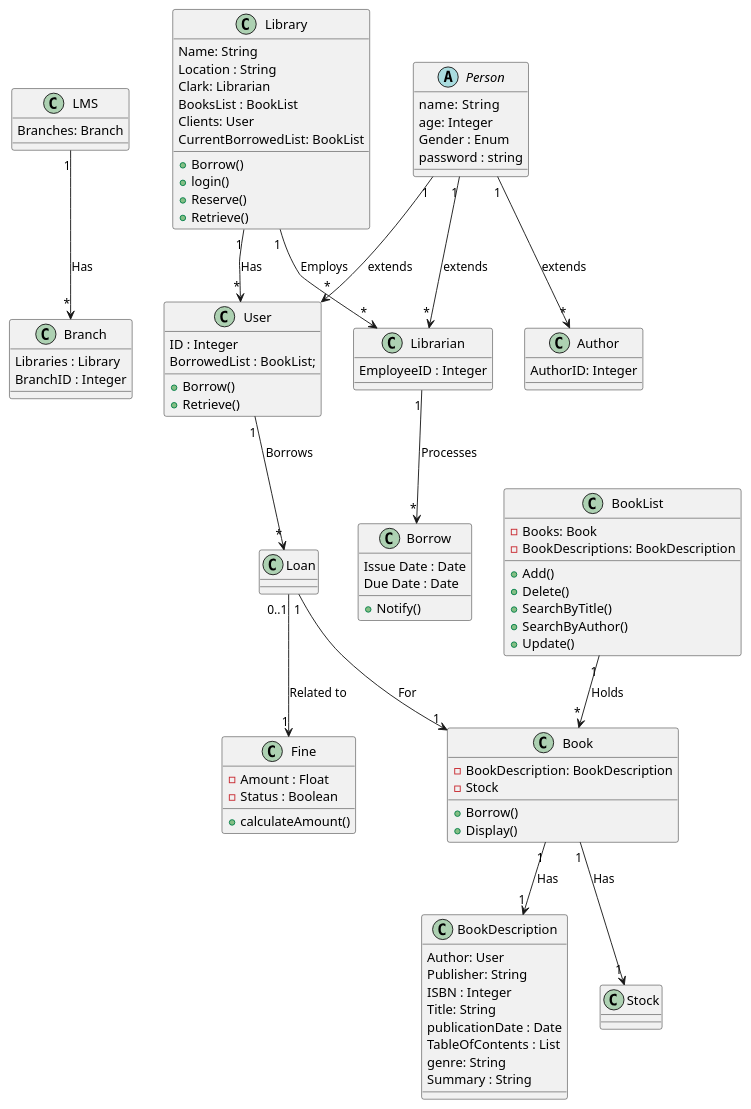
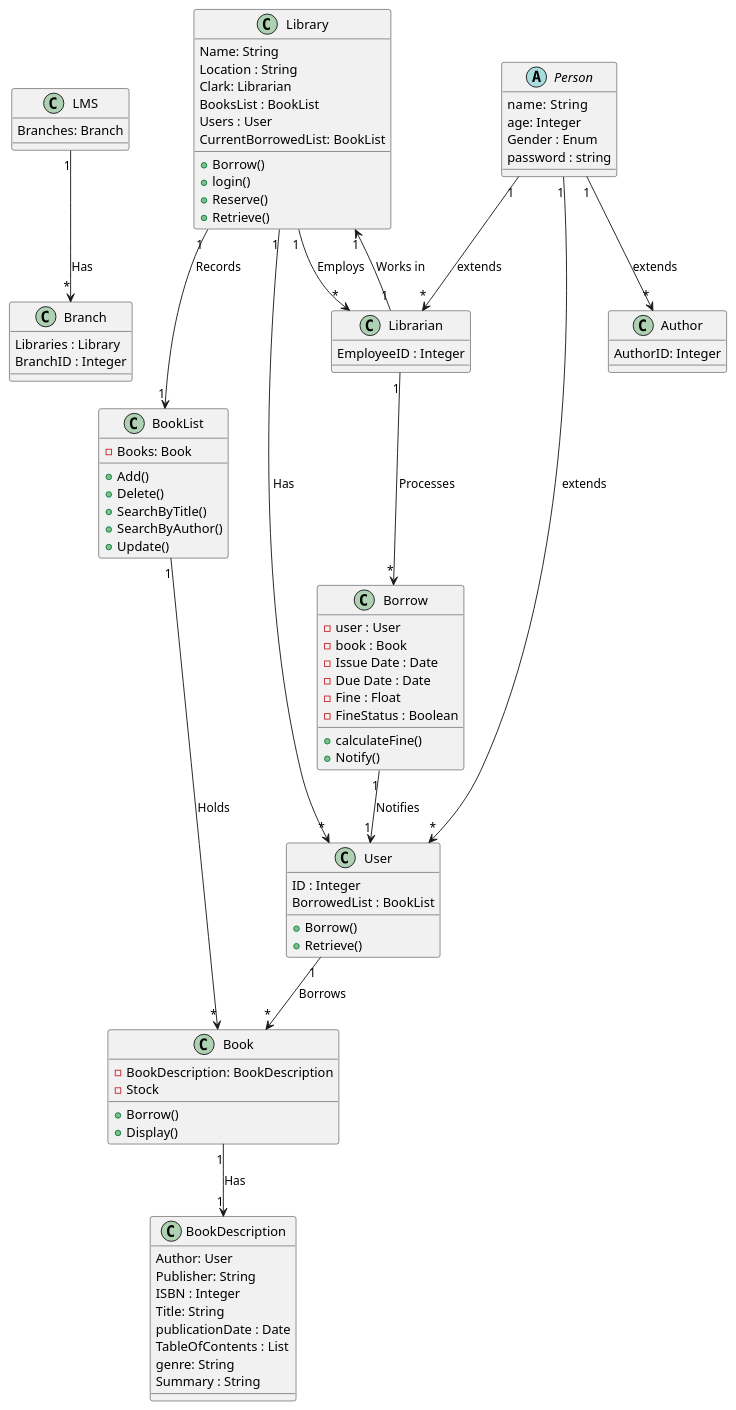
Before and after one commit to SalmaAzeem/library-system: the diagram in diagrams/DCD/DCD.puml, drawn with PlantUML.

Commit message:
Structure modification

```diff
--- a/diagrams/DCD/DCD.puml
+++ b/diagrams/DCD/DCD.puml
@@ -1,101 +1,101 @@
 @startuml
 'https://plantuml.com/class-diagram
 class LMS
 {
 Branches: Branch
 }
 class Branch
 {
  Libraries : Library
  BranchID : Integer
 }
 class Library {
   Name: String
   'Should it be a Library Class cuz it's a physical place?
   Location : String
   Clark: Librarian
   BooksList : BookList
-  Clients: User
+  Users : User
   CurrentBorrowedList: BookList
    'Takes the info Of the user and the borrowed Books add it to the currentBorrowedBooks
   + Borrow()
   + login()
   + Reserve()
   + Retrieve()
 }
 'Could have an abstract class to implement the borrow function ?
 class BookList {
   - Books: Book
-  -BookDescriptions: BookDescription
+  ' -BookDescriptions: BookDescription
  + Add()
  + Delete()
  + SearchByTitle()
  + SearchByAuthor()
  + Update()
 }
 class Book {
  - BookDescription: BookDescription
  - Stock
+ 'Could this be removed and replaced by unique ID instead?
  'Decrement the stock
  + Borrow()
  + Display()
 
 }
 class BookDescription {
   Author: User
   Publisher: String
   ISBN : Integer
   Title: String
   publicationDate : Date
   TableOfContents : List
   genre: String
   Summary : String
 }
 class User {
   ID : Integer
-  BorrowedList : BookList;
+  BorrowedList : BookList
   'Adds the Book to the user's borrowedList
   + Borrow()
   'Remove the book from the user's borrowedList
   + Retrieve()
 }
 'Out of context ?
 class Author{
 AuthorID: Integer
 }
 abstract class Person{
   name:  String
   age: Integer
   Gender : Enum
   password : string
 }
 
 class Librarian {
      EmployeeID : Integer
 }
 
 class Borrow {
-  Issue Date : Date
-  Due Date : Date
+  - user : User
+  - book : Book
+  - Issue Date : Date
+  - Due Date : Date
+  - Fine : Float
+  - FineStatus : Boolean
+  + calculateFine()
   + Notify()
-}
-
-class Fine {
-  - Amount : Float
-  - Status : Boolean
-  + calculateAmount()
 }
 LMS "1" --> "*" Branch : Has
 BookList "1" --> "*" Book : Holds
 Book "1" --> "1" BookDescription : Has
 Person "1" -->"*" Librarian : extends
 Person "1" -->"*" User : extends
 Person "1" -->"*" Author : extends
 Library "1" --> "*" User : Has
+Library "1" --> "1" BookList : Records
 Library "1" --> "*" Librarian : Employs
-Book "1" --> "1" Stock : Has
-User "1" --> "*" Loan : Borrows
-Loan "1" --> "1" Book : For
-Loan "0..1" --> "1" Fine : Related to
+User "1" --> "*" Book : Borrows
 Librarian "1" --> "*" Borrow : Processes
+Librarian "1" -->  "1" Library : Works in
+Borrow "1" --> "1" User : Notifies
 @enduml
```
